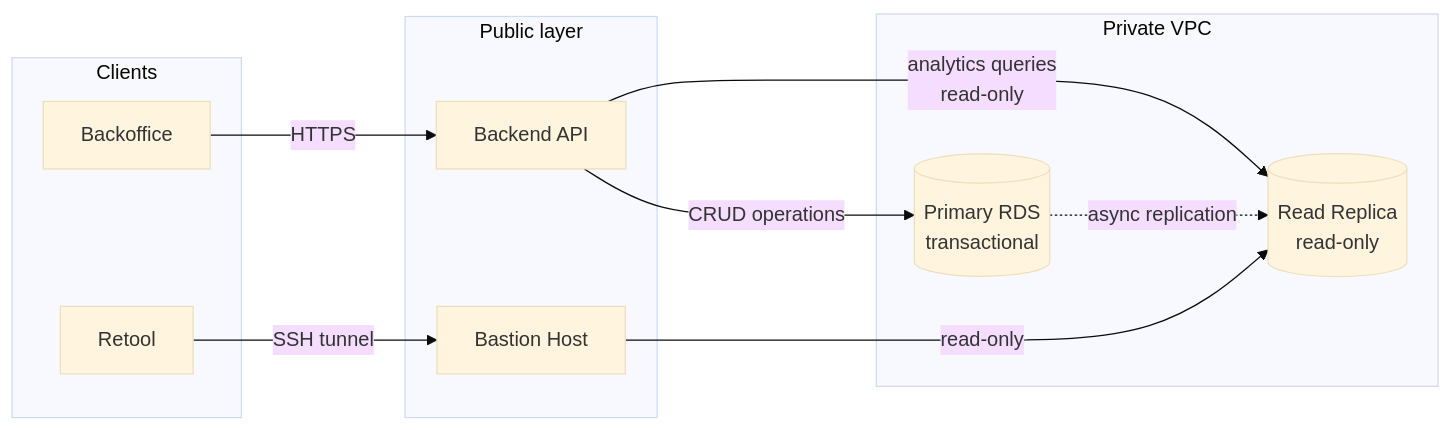
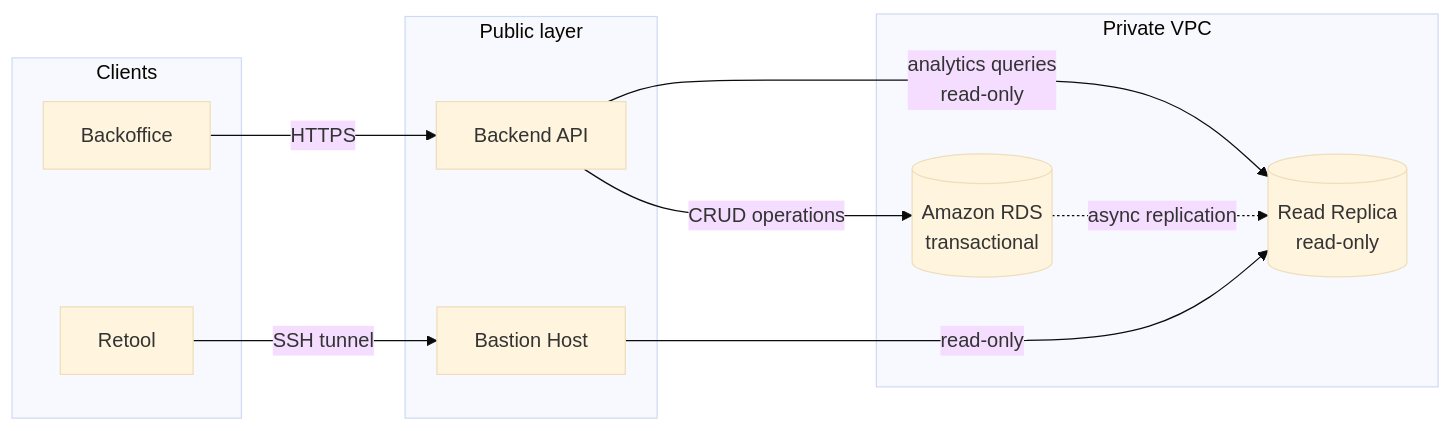
One commit to omraneah/boringsystems changed the diagram in src/content/work-en/serving-analytics-without-a-data-warehouse.md. Above: the diagram before and after it, drawn with Mermaid (base theme). The commit also changed other lines of this file and 1 other file, not shown here.

First line of the commit message:
fix(work): clean up tool references — links for dbt and Retool, Amazon RDS throughout, no legend

````diff
--- a/src/content/work-en/serving-analytics-without-a-data-warehouse.md
+++ b/src/content/work-en/serving-analytics-without-a-data-warehouse.md
@@ -73,24 +73,24 @@
 ```mermaid
 graph LR
     subgraph clients ["Clients"]
         BO["Backoffice"]
         RT["Retool"]
     end
 
     subgraph pub ["Public layer"]
         BE["Backend API"]
         BH["Bastion Host"]
     end
 
     subgraph vpc ["Private VPC"]
-        PRDS[("Primary RDS\ntransactional")]
+        PRDS[("Amazon RDS\ntransactional")]
         REP[("Read Replica\nread-only")]
     end
 
     BO -->|HTTPS| BE
     RT -->|SSH tunnel| BH
     BE -->|"CRUD operations"| PRDS
     BE -->|"analytics queries\nread-only"| REP
     PRDS -.->|async replication| REP
     BH -->|read-only| REP
 ```
````
